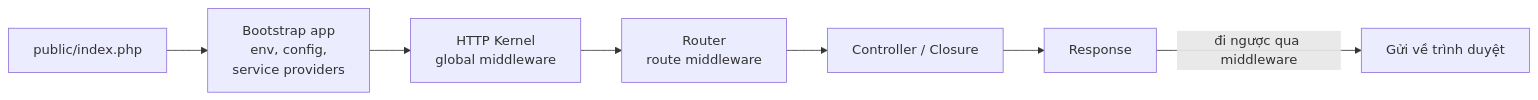
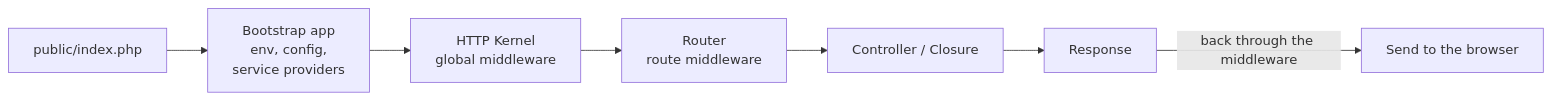
Before and after one commit to sunflynf/web-notes: the second of 4 diagrams in docs/technologies/php/laravel/architecture.mdx, drawn with Mermaid. The commit also changed other lines of this file and 33 other files, not shown here.

````diff
--- a/docs/technologies/php/laravel/architecture.mdx
+++ b/docs/technologies/php/laravel/architecture.mdx
@@ -89,9 +89,9 @@
 ```mermaid
 flowchart LR
   A[public/index.php] --> B[Bootstrap app<br/>env, config,<br/>service providers]
   B --> C[HTTP Kernel<br/>global middleware]
   C --> D[Router<br/>route middleware]
   D --> E[Controller / Closure]
   E --> F[Response]
-  F -->|đi ngược qua middleware| G[Gửi về trình duyệt]
+  F -->|back through the middleware| G[Send to the browser]
 ```
````
